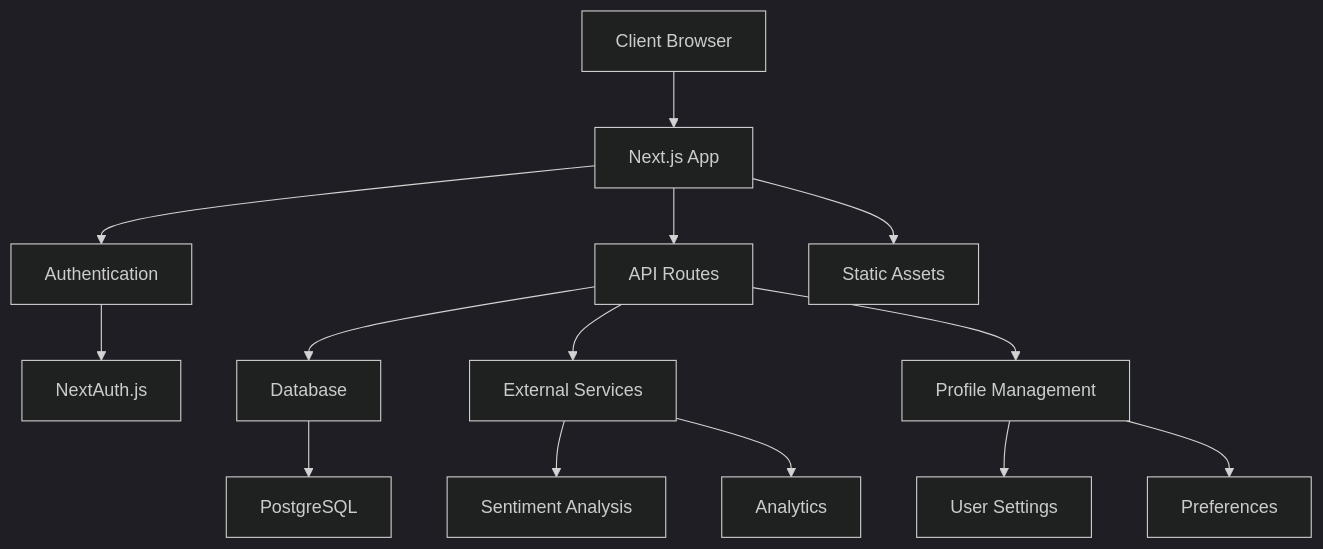
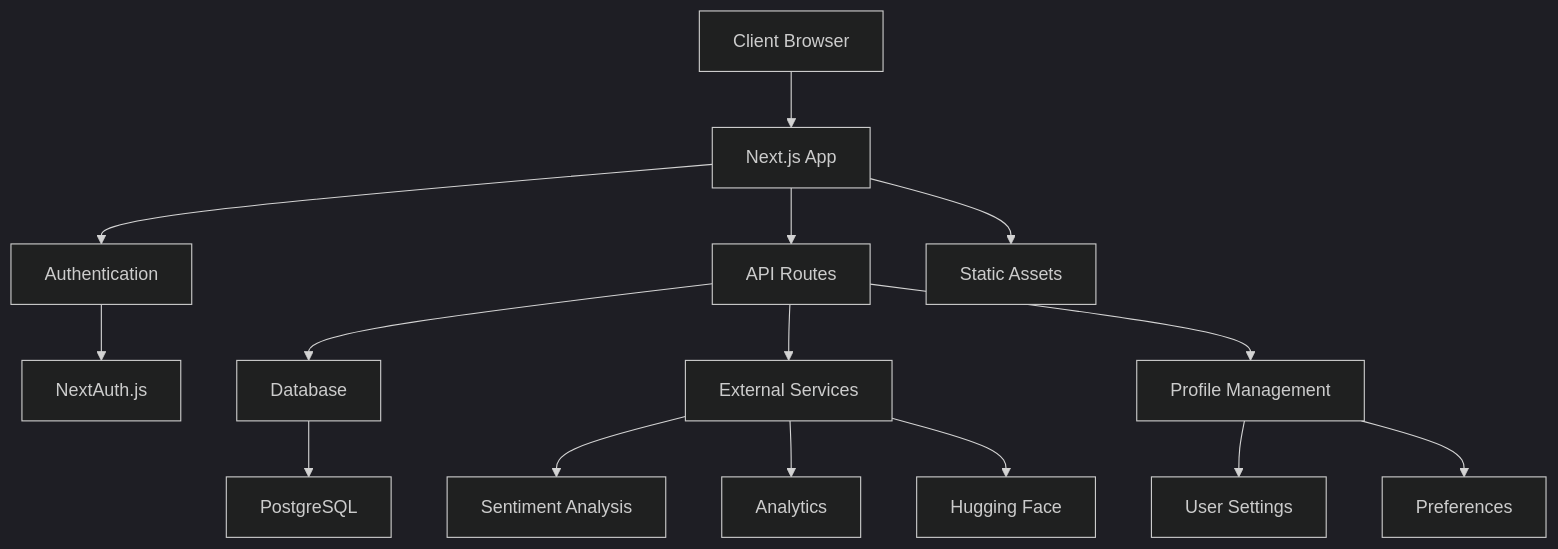
Before and after one commit to victorkiambi/personal-journaling-app: the first of 5 diagrams in SYSTEM_DESIGN.md, drawn with Mermaid (dark theme). The commit also changed other lines of this file and 23 other files, not shown here.

Commit message:
docs: update documentation to reflect current AI features and database schema

````diff
--- a/SYSTEM_DESIGN.md
+++ b/SYSTEM_DESIGN.md
@@ -31,16 +33,17 @@
 ```mermaid
 graph TD
     A[Client Browser] --> B[Next.js App]
     B --> C[Authentication]
     B --> D[API Routes]
     B --> E[Static Assets]
     C --> F[NextAuth.js]
     D --> G[Database]
     D --> H[External Services]
     G --> I[PostgreSQL]
     H --> J[Sentiment Analysis]
     H --> K[Analytics]
-    D --> L[Profile Management]
-    L --> M[User Settings]
-    L --> N[Preferences]
+    H --> L[Hugging Face]
+    D --> M[Profile Management]
+    M --> N[User Settings]
+    M --> O[Preferences]
 ```
````
